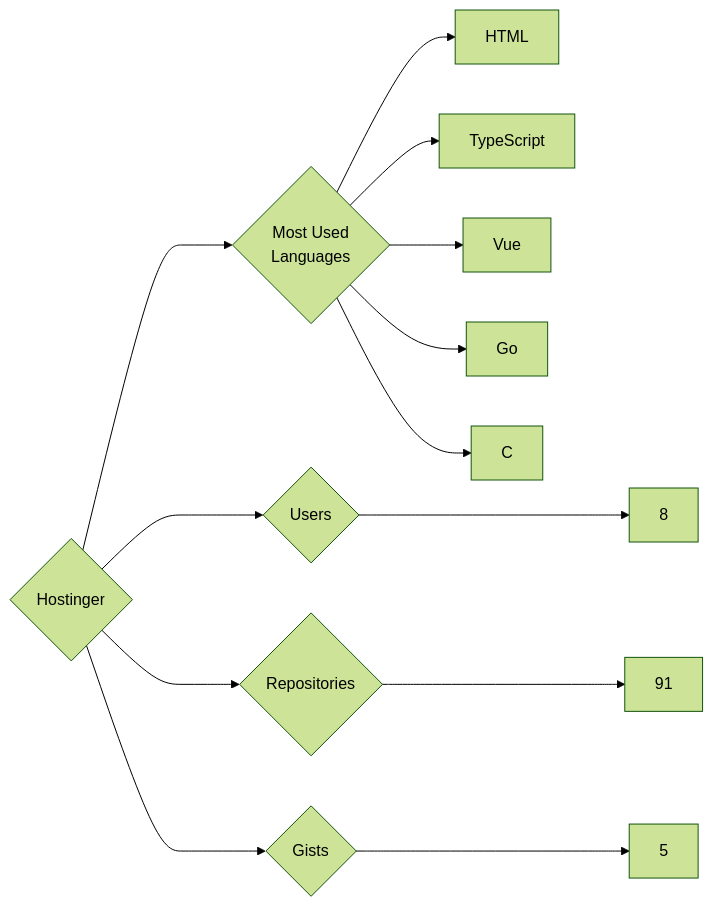
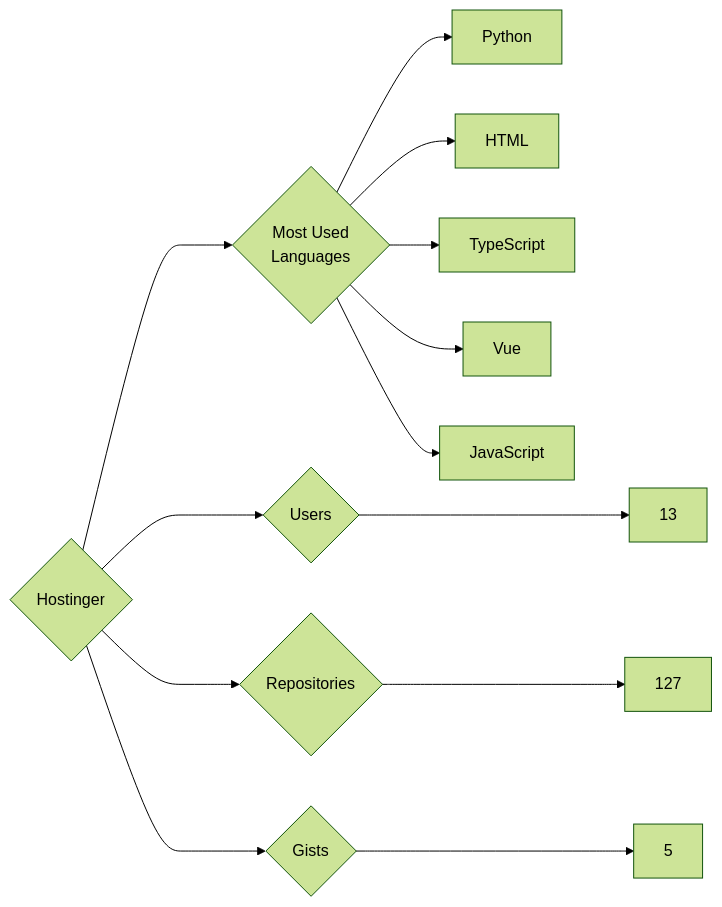
The diagram in targets/Hostinger/README.md (trickest/insiders), drawn with Mermaid (forest theme) before and after one commit. The commit also changed 1314 other files, not shown here.

````diff
--- a/targets/Hostinger/README.md
+++ b/targets/Hostinger/README.md
@@ -3,13 +3,13 @@
 ```mermaid
 graph LR
 COMPANY_NAME{Hostinger}
-COMPANY_NAME ---> U{Users} ---> UN[8]
-COMPANY_NAME ---> R{Repositories} ---> RN[91]
+COMPANY_NAME ---> U{Users} ---> UN[13]
+COMPANY_NAME ---> R{Repositories} ---> RN[127]
 COMPANY_NAME ---> G{Gists} ---> GN[5]
 COMPANY_NAME ---> ML{Most Used<br>Languages}
+ML --> Python[Python]
 ML --> HTML[HTML]
 ML --> TypeScript[TypeScript]
 ML --> Vue[Vue]
-ML --> Go[Go]
-ML --> C[C]
+ML --> JavaScript[JavaScript]
 ```
````
